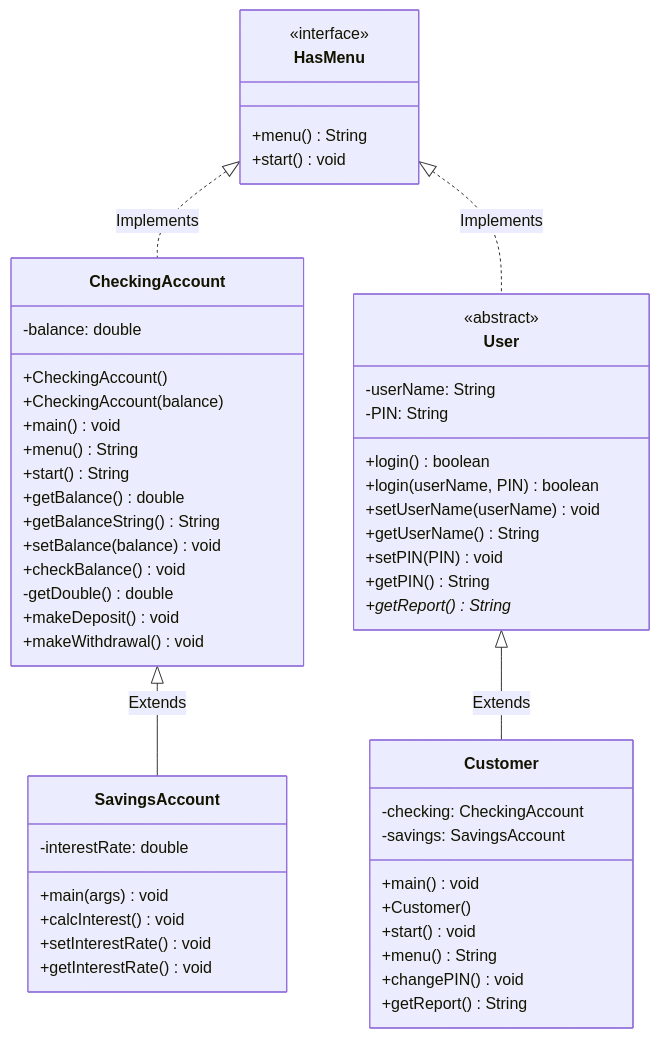
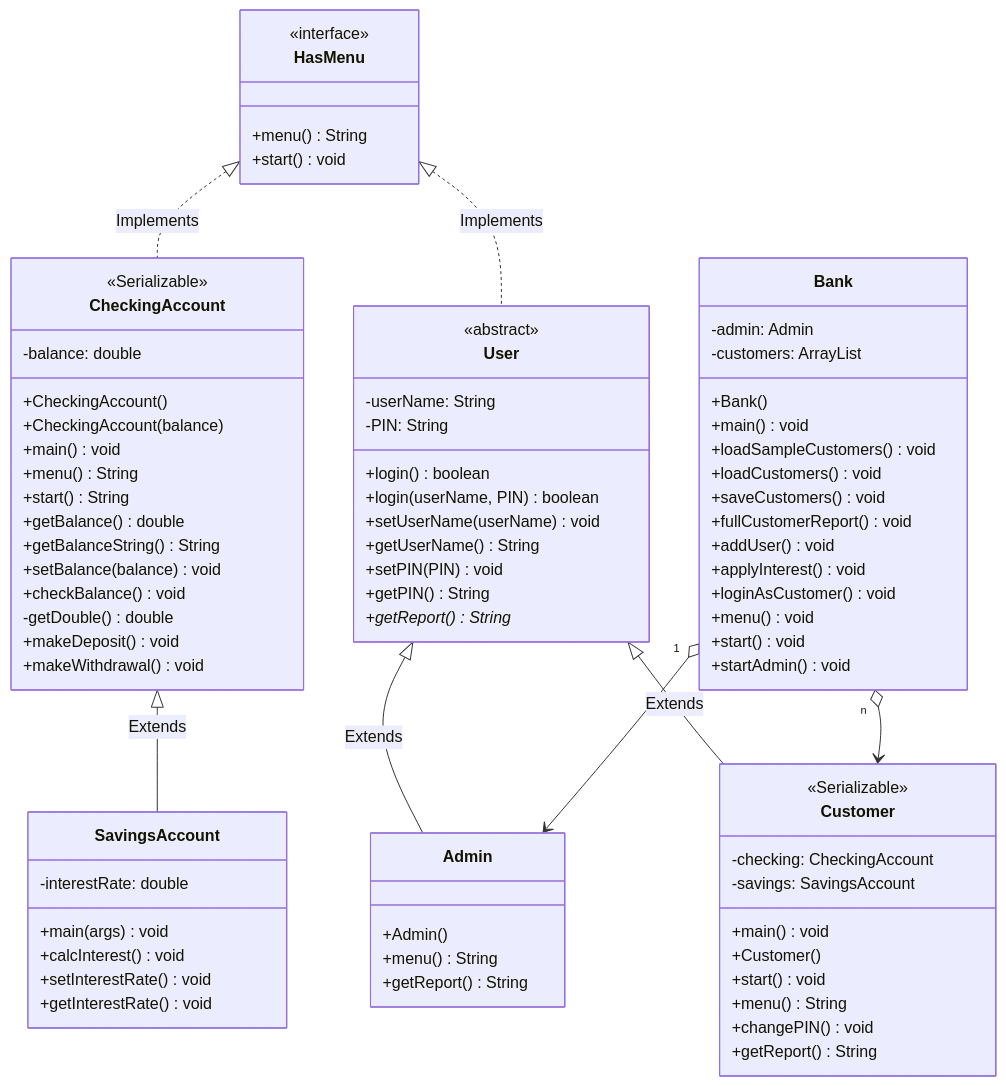
One commit to 5okyo/CS_121_Lab_10 changed the diagram in README.md. Above: the diagram before and after it, drawn with Mermaid.

Commit message:
diagram2

````diff
--- a/README.md
+++ b/README.md
@@ -7,6 +7,7 @@
     }
 
     class CheckingAccount {
+        <<Serializable>>
         -balance: double
         +CheckingAccount()
         +CheckingAccount(balance)
@@ -43,7 +44,14 @@
         +getReport()* String
     }
 
+    class Admin {
+        +Admin()
+        +menu() String
+        +getReport() String
+    }
+
     class Customer {
+        <<Serializable>>
         -checking: CheckingAccount
         -savings: SavingsAccount
         +main() void
@@ -54,8 +62,28 @@
         +getReport() String
     }
 
+    class Bank {
+        -admin: Admin
+        -customers: ArrayList
+        +Bank()
+        +main() void
+        +loadSampleCustomers() void
+        +loadCustomers() void
+        +saveCustomers() void
+        +fullCustomerReport() void
+        +addUser() void
+        +applyInterest() void
+        +loginAsCustomer() void
+        +menu() void
+        +start() void
+        +startAdmin() void
+    }
+
     HasMenu <|.. CheckingAccount : Implements
     HasMenu <|.. User : Implements
     CheckingAccount <|-- SavingsAccount : Extends
+    User <|-- Admin : Extends
     User <|-- Customer : Extends
+    Bank "1" o--> Admin
+    Bank "n" o--> Customer
 ```
````
